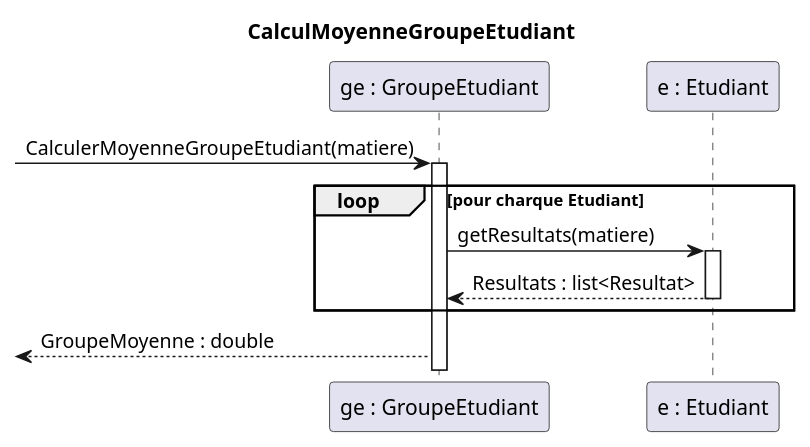
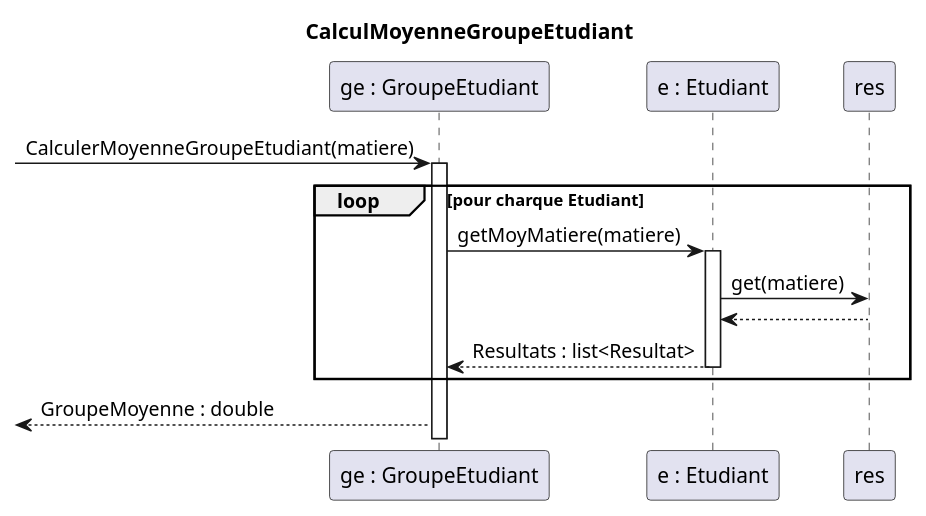
The second of 2 diagrams in collection/target/classes/resources/diagSeq.puml (Baloo54/TpCollection), drawn with PlantUML before and after one commit. The commit also changed 4 other files, not shown here.

Commit message:
Classe Formation et Fix diagrammes

```diff
--- a/collection/target/classes/resources/diagSeq.puml
+++ b/collection/target/classes/resources/diagSeq.puml
@@ -26,18 +26,22 @@
 @startuml CalculMoyenneGroupeEtudiant
 title CalculMoyenneGroupeEtudiant
 participant "ge : GroupeEtudiant" as ge
 participant "e : Etudiant" as e
 [-> ge : CalculerMoyenneGroupeEtudiant(matiere)
 activate ge 
 
 
 loop pour charque Etudiant
 
-    ge -> e : getResultats(matiere)
+    ge -> e : getMoyMatiere(matiere)
 activate e
+
+    e -> res : get(matiere)
+    e<-- res 
+
     e --> ge : Resultats : list<Resultat>
 deactivate e
 end
 [<-- ge : GroupeMoyenne : double
 
 @enduml
```
